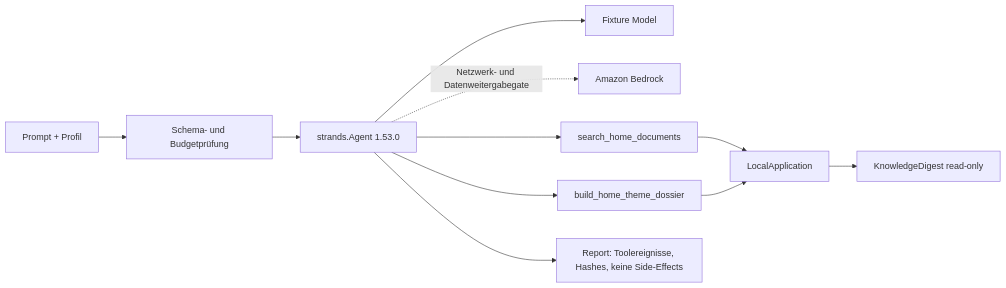
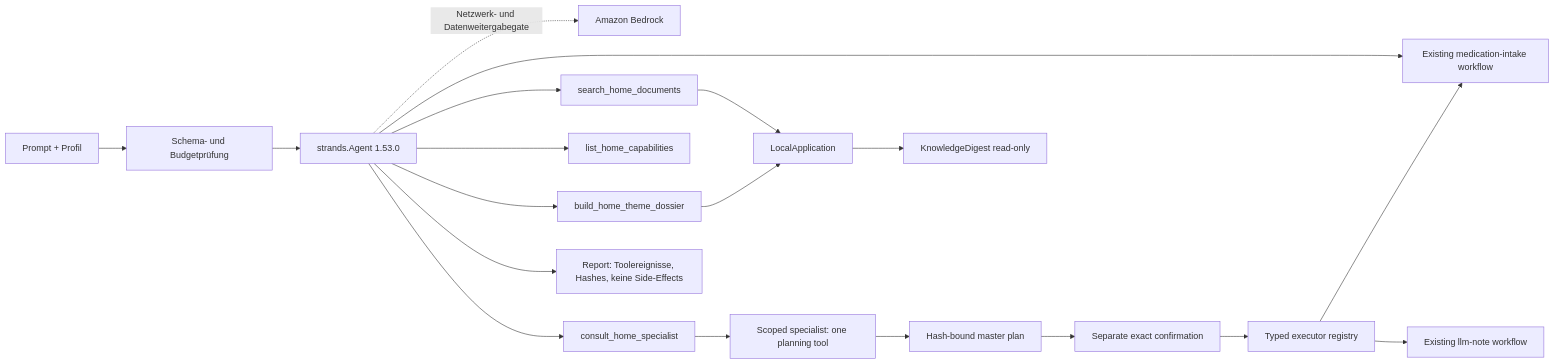
One commit to ellmos-ai/FolderHome changed the diagram in ARCHITECTURE.md. Above: the diagram before and after it, drawn with Mermaid. The commit also changed other lines of this file and 32 other files, not shown here.

````diff
--- a/ARCHITECTURE.md
+++ b/ARCHITECTURE.md
@@ -50,13 +62,21 @@
 ```mermaid
 flowchart LR
   U[Prompt + Profil] --> V[Schema- und Budgetprüfung]
   V --> A[strands.Agent 1.53.0]
   A --> M[Fixture Model]
   A -. Netzwerk- und Datenweitergabegate .-> B[Amazon Bedrock]
   A --> T1[search_home_documents]
   A --> T2[build_home_theme_dossier]
+  A --> T3[list_home_capabilities]
+  A --> T4[consult_home_specialist]
+  T4 --> S[Scoped specialist: one planning tool]
+  S --> P[Hash-bound master plan]
+  P --> C[Separate exact confirmation]
+  C --> E[Typed executor registry]
+  E --> N[Existing llm-note workflow]
+  E --> M[Existing medication-intake workflow]
   T1 --> L[LocalApplication]
   T2 --> L
   L --> K[KnowledgeDigest read-only]
   A --> R[Report: Toolereignisse, Hashes, keine Side-Effects]
 ```
````
